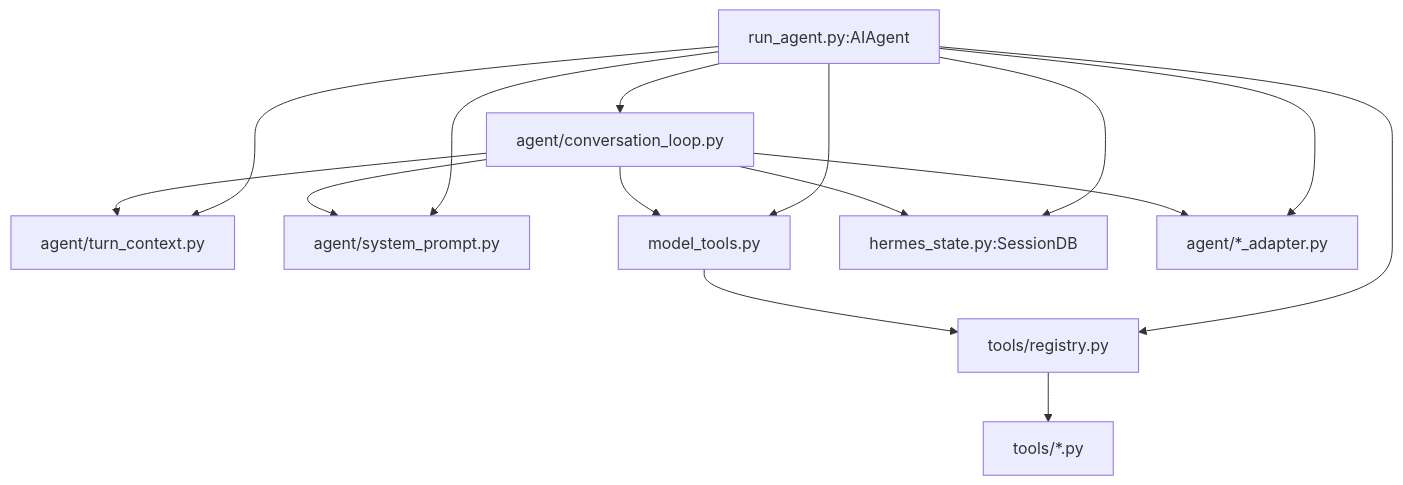
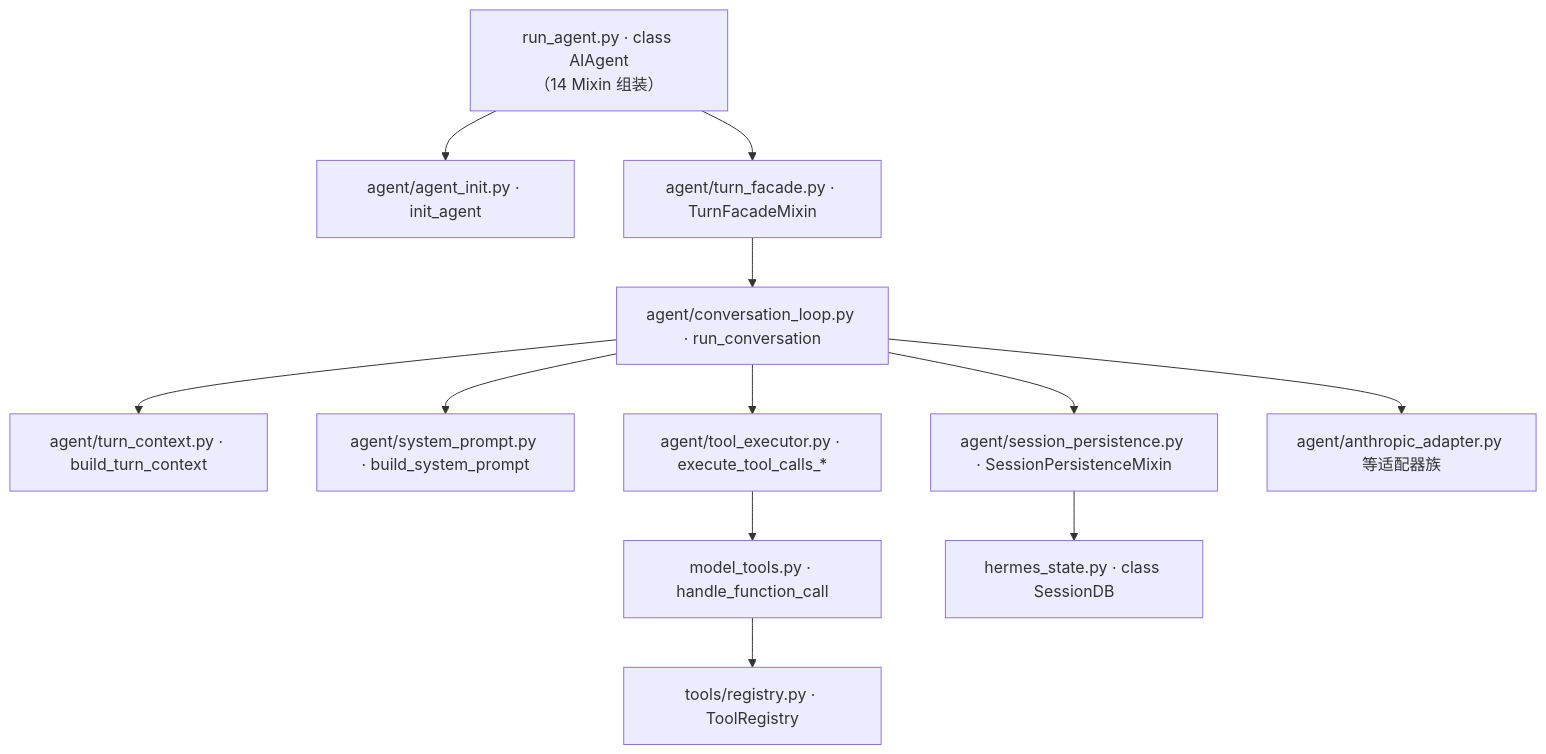
The first of 5 diagrams in docs/sourceReader/04-核心模块与类型关系.md (adrian9778/hermes-agent), drawn with Mermaid before and after one commit. The commit also changed other lines of this file and 22 other files, not shown here.

````diff
--- a/docs/sourceReader/04-核心模块与类型关系.md
+++ b/docs/sourceReader/04-核心模块与类型关系.md
@@ -22,17 +32,27 @@
 ```mermaid
 flowchart TD
-    RA[run_agent.py:AIAgent] --> CL[agent/conversation_loop.py]
-    RA --> TC[agent/turn_context.py]
-    RA --> SP[agent/system_prompt.py]
-    RA --> MT[model_tools.py]
-    RA --> REG[tools/registry.py]
-    RA --> DB[hermes_state.py:SessionDB]
-    CL --> TC
-    CL --> SP
-    CL --> MT
-    CL --> DB
+    RA["run_agent.py · class AIAgent<br/>（14 Mixin 组装）"]
+    INIT["agent/agent_init.py · init_agent"]
+    FACADE["agent/turn_facade.py · TurnFacadeMixin"]
+    LOOP["agent/conversation_loop.py · run_conversation"]
+    TC["agent/turn_context.py · build_turn_context"]
+    SP["agent/system_prompt.py · build_system_prompt"]
+    SPER["agent/session_persistence.py · SessionPersistenceMixin"]
+    TE["agent/tool_executor.py · execute_tool_calls_*"]
+    MT["model_tools.py · handle_function_call"]
+    REG["tools/registry.py · ToolRegistry"]
+    DB["hermes_state.py · class SessionDB"]
+    ADP["agent/anthropic_adapter.py 等适配器族"]
+
+    RA --> INIT
+    RA --> FACADE
+    FACADE --> LOOP
+    LOOP --> TC
+    LOOP --> SP
+    LOOP --> SPER
+    LOOP --> TE
+    TE --> MT
     MT --> REG
-    REG --> TOOLS[tools/*.py]
-    RA --> ADAPTERS[agent/*_adapter.py]
-    CL --> ADAPTERS
+    SPER --> DB
+    LOOP --> ADP
 ```
````
